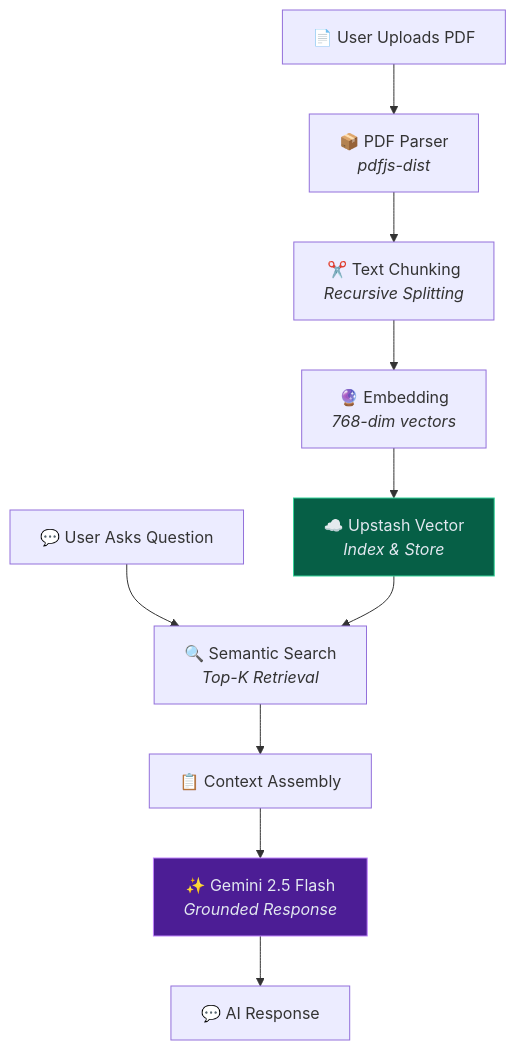
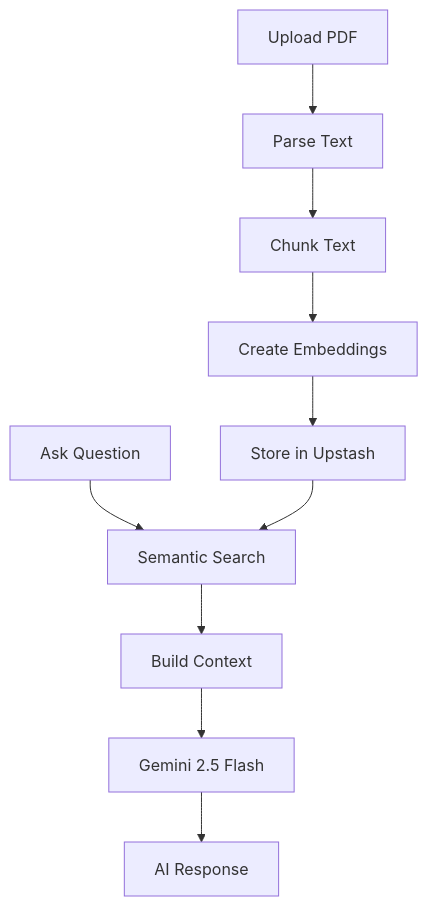
One commit to Luff-Org/Luff-Boilerplate changed the second of 4 diagrams in README.md. Above: the diagram before and after it, drawn with Mermaid. The commit also changed other lines of this file and 1 other file, not shown here.

Commit message:
fix(docs): simplify mermaid diagram labels to prevent word cutoff

````diff
--- a/README.md
+++ b/README.md
@@ -89,16 +59,12 @@
 ```mermaid
 flowchart TD
-  A["📄 User Uploads PDF"] --> B["📦 PDF Parser<br/><i>pdfjs-dist</i>"]
-  B --> C["✂️ Text Chunking<br/><i>Recursive Splitting</i>"]
-  C --> D["🔮 Embedding<br/><i>768-dim vectors</i>"]
-  D --> E["☁️ Upstash Vector<br/><i>Index & Store</i>"]
-
-  F["💬 User Asks Question"] --> G["🔍 Semantic Search<br/><i>Top-K Retrieval</i>"]
+  A[Upload PDF] --> B[Parse Text]
+  B --> C[Chunk Text]
+  C --> D[Create Embeddings]
+  D --> E[Store in Upstash]
+  F[Ask Question] --> G[Semantic Search]
   E --> G
-  G --> H["📋 Context Assembly"]
-  H --> I["✨ Gemini 2.5 Flash<br/><i>Grounded Response</i>"]
-  I --> J["💬 AI Response"]
-
-  style I fill:#4c1d95,stroke:#c084fc,color:#e2e8f0
-  style E fill:#065f46,stroke:#34d399,color:#e2e8f0
+  G --> H[Build Context]
+  H --> I[Gemini 2.5 Flash]
+  I --> J[AI Response]
 ```
````
